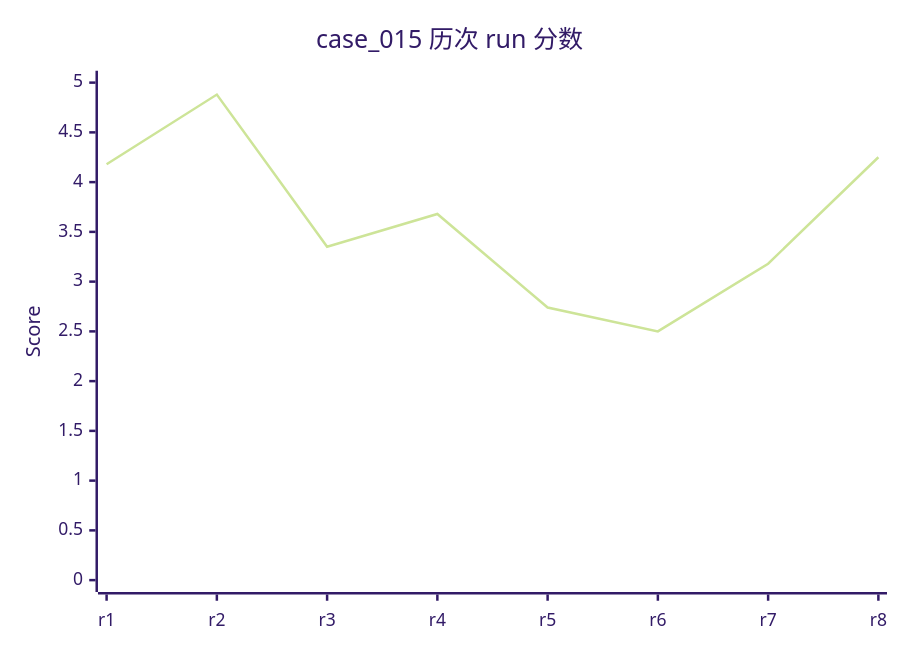
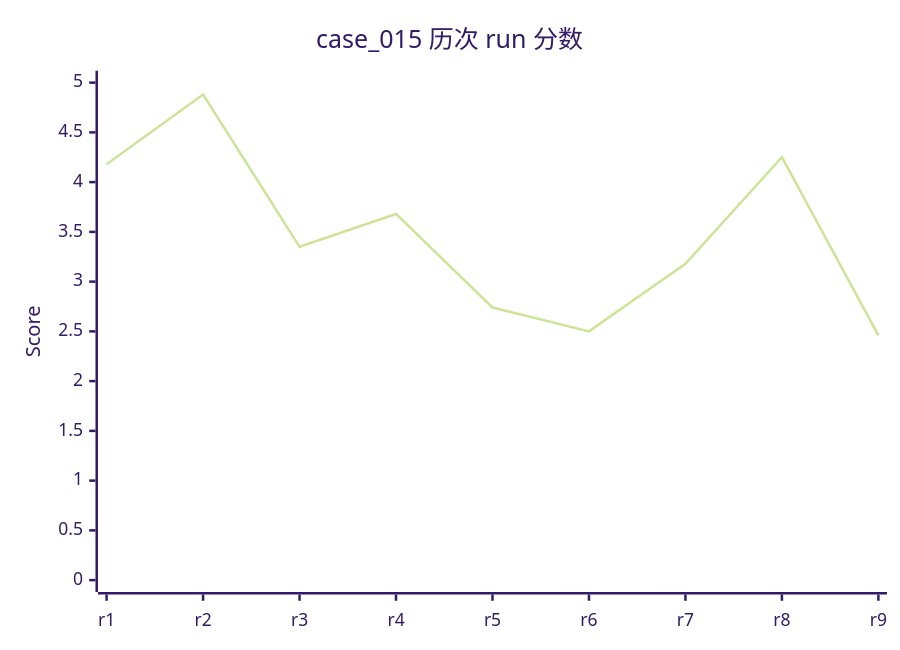
One commit to rushengzhou/sid-code changed diagram 19 of 58 in evals/DASHBOARD.md. Above: the diagram before and after it, drawn with Mermaid (forest theme). The commit also changed other lines of this file and 53 other files, not shown here.

````diff
--- a/evals/DASHBOARD.md
+++ b/evals/DASHBOARD.md
@@ -442,7 +443,7 @@
 ```mermaid
 xychart-beta
     title "case_015 历次 run 分数"
-    x-axis [r1, r2, r3, r4, r5, r6, r7, r8]
+    x-axis [r1, r2, r3, r4, r5, r6, r7, r8, r9]
     y-axis "Score" 0 --> 5
-    line [4.18, 4.88, 3.35, 3.68, 2.74, 2.50, 3.18, 4.25]
+    line [4.18, 4.88, 3.35, 3.68, 2.74, 2.50, 3.18, 4.25, 2.46]
 ```
````
